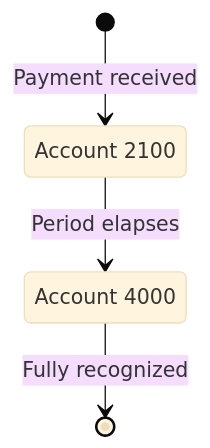
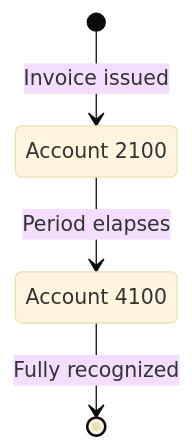
One commit to recurso-dev/docs changed the second of 2 diagrams in advanced/revenue-recognition.mdx. Above: the diagram before and after it, drawn with Mermaid (base theme). The commit also changed other lines of this file and 3 other files, not shown here.

First line of the commit message:
docs: truth pass 2 — accounting postings & chart of accounts

````diff
--- a/advanced/revenue-recognition.mdx
+++ b/advanced/revenue-recognition.mdx
@@ -132,9 +149,9 @@
 ```mermaid
 stateDiagram-v2
-    [*] --> DeferredRevenue: Payment received
-    DeferredRevenue --> Revenue: Period elapses
-    Revenue --> [*]: Fully recognized
+    [*] --> DeferredRevenue: Invoice issued
+    DeferredRevenue --> RecognizedRevenue: Period elapses
+    RecognizedRevenue --> [*]: Fully recognized
 
     DeferredRevenue: Account 2100
-    Revenue: Account 4000
+    RecognizedRevenue: Account 4100
 ```
````
